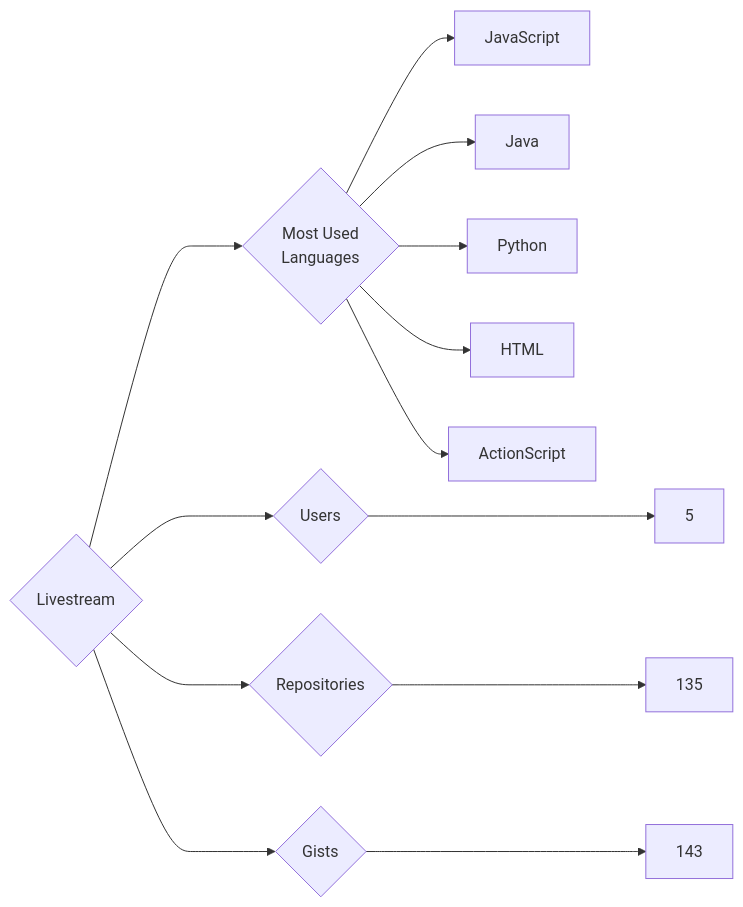
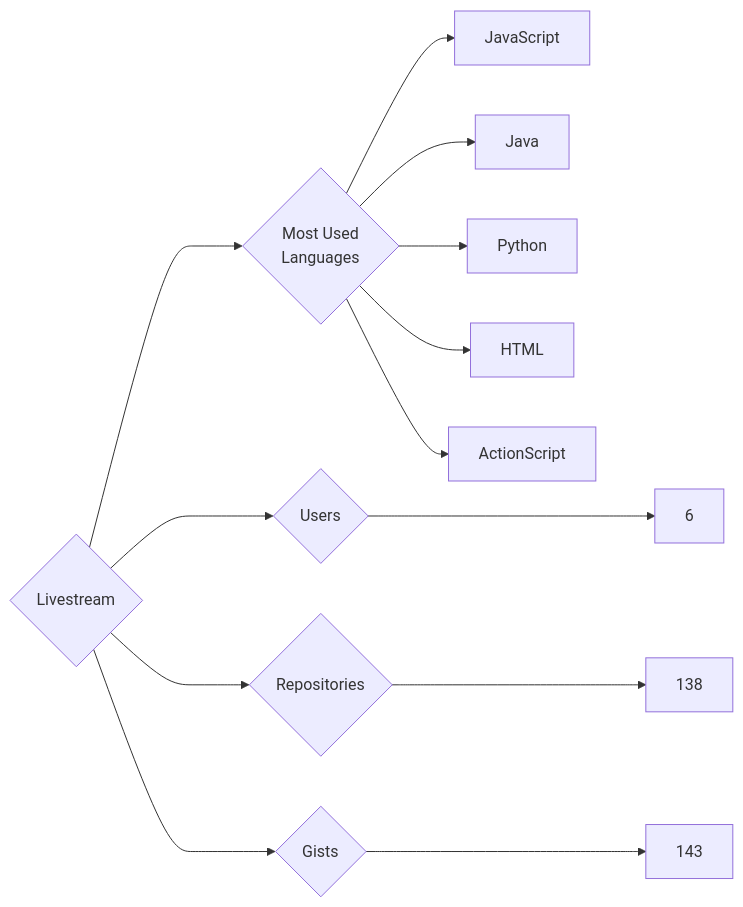
The diagram in targets/Livestream/README.md (trickest/insiders), drawn with Mermaid before and after one commit. The commit also changed 877 other files, not shown here.

````diff
--- a/targets/Livestream/README.md
+++ b/targets/Livestream/README.md
@@ -3,13 +3,13 @@
 ```mermaid
 graph LR
 COMPANY_NAME{Livestream}
-COMPANY_NAME ---> U{Users} ---> UN[5]
-COMPANY_NAME ---> R{Repositories} ---> RN[135]
+COMPANY_NAME ---> U{Users} ---> UN[6]
+COMPANY_NAME ---> R{Repositories} ---> RN[138]
 COMPANY_NAME ---> G{Gists} ---> GN[143]
 COMPANY_NAME ---> ML{Most Used<br>Languages}
 ML --> JavaScript[JavaScript]
 ML --> Java[Java]
 ML --> Python[Python]
 ML --> HTML[HTML]
 ML --> ActionScript[ActionScript]
 ```
````
